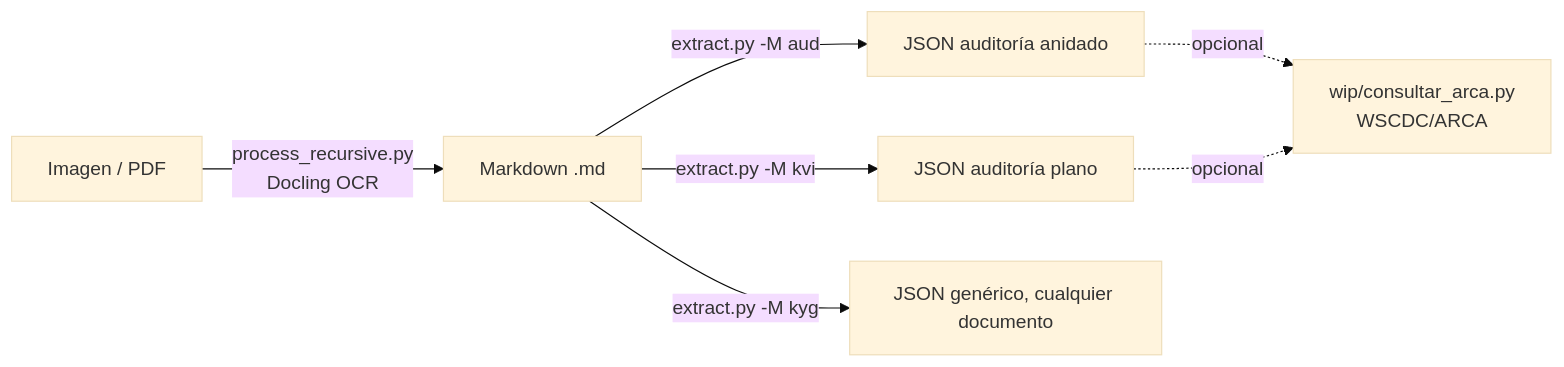
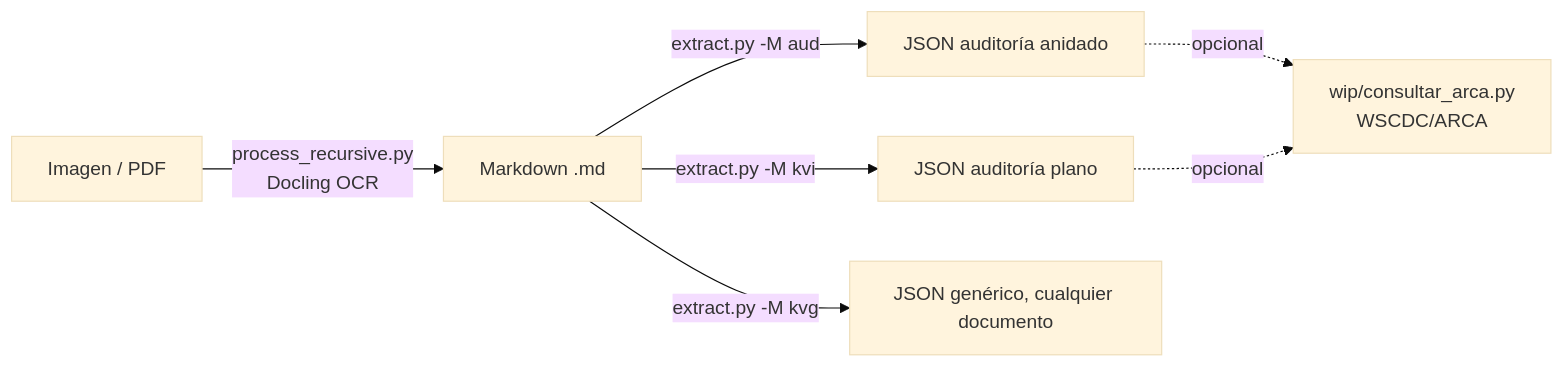
Before and after one commit to mariogarcia-ar/docling-ibm: the diagram in README.md, drawn with Mermaid (base theme). The commit also changed other lines of this file and 1 other file, not shown here.

Commit message:
Update extraction mode from 'kyg' to 'kvg' for generic document processing in extract.py and README

````diff
--- a/README.md
+++ b/README.md
@@ -10,9 +10,9 @@
 ```mermaid
 flowchart LR
     A[Imagen / PDF] -->|process_recursive.py<br/>Docling OCR| B[Markdown .md]
     B -->|extract.py -M aud| D[JSON auditoría anidado]
     B -->|extract.py -M kvi| E2[JSON auditoría plano]
-    B -->|extract.py -M kyg| F[JSON genérico, cualquier documento]
+    B -->|extract.py -M kvg| F[JSON genérico, cualquier documento]
     D -.opcional.-> E[wip/consultar_arca.py<br/>WSCDC/ARCA]
     E2 -.opcional.-> E
 ```
````
